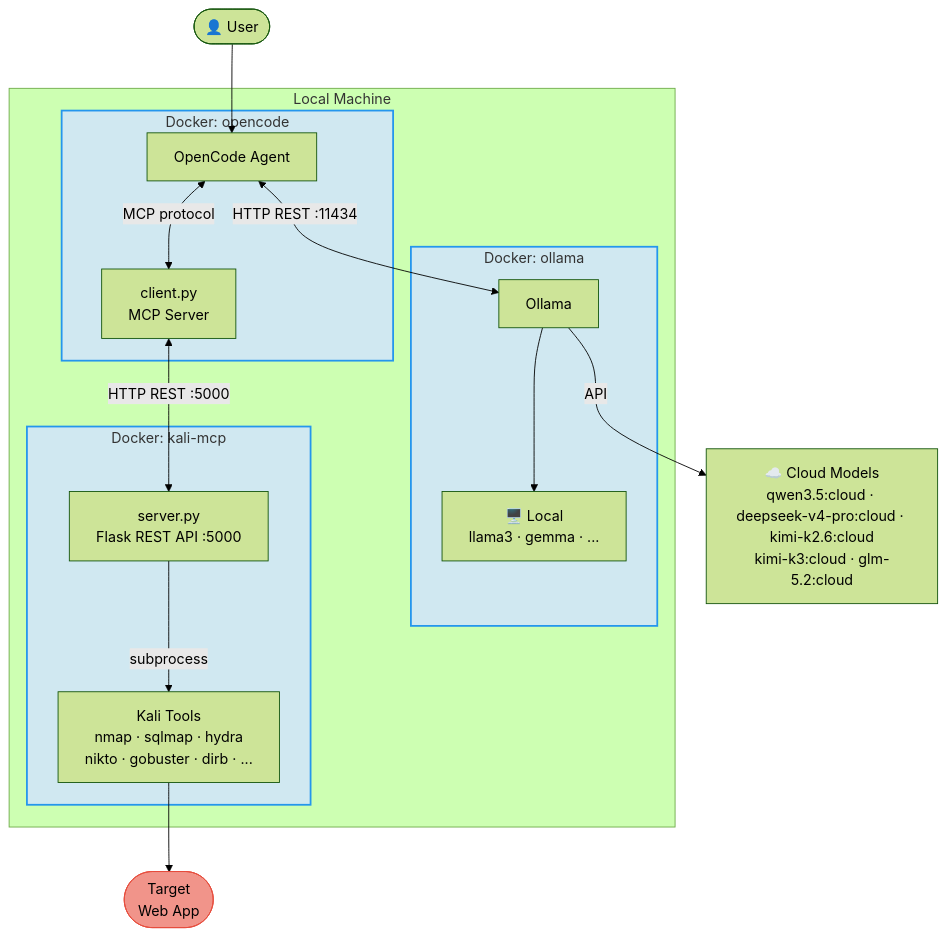
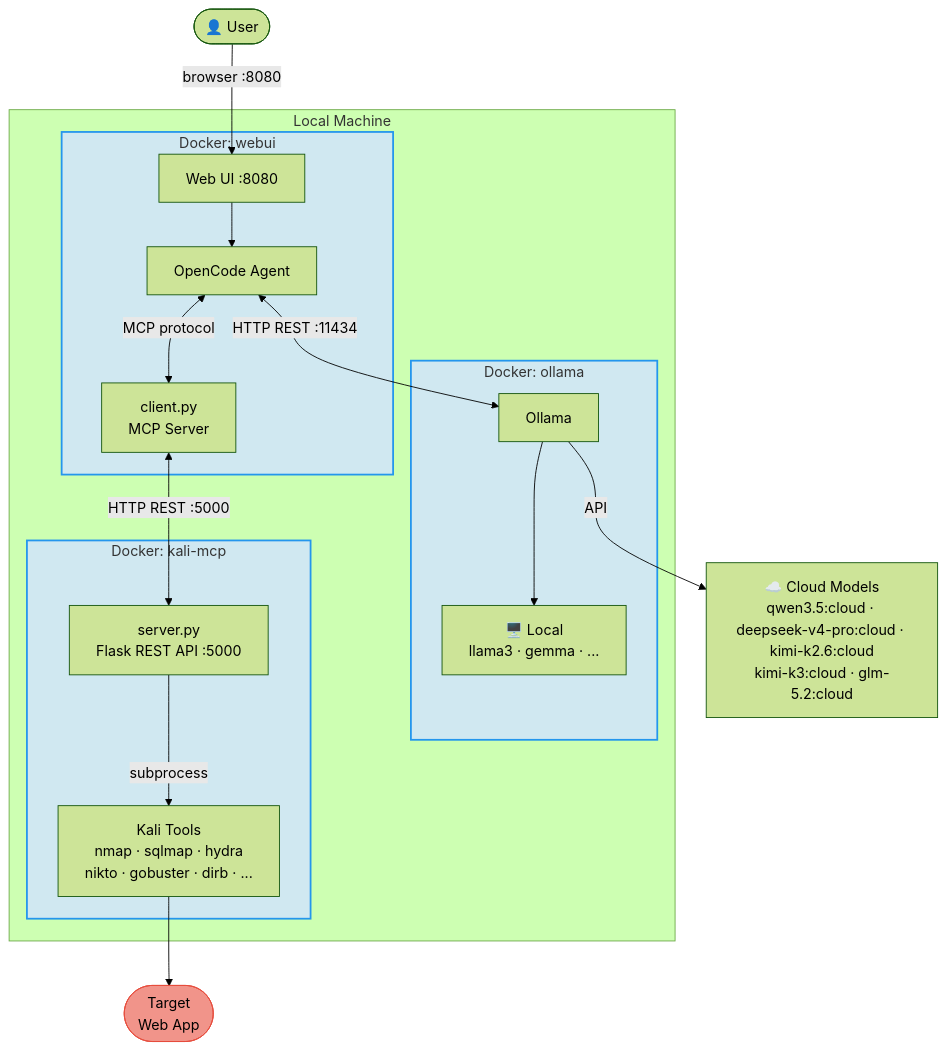
One commit to hiperesfera/Michos changed the diagram in Readme.md. Above: the diagram before and after it, drawn with Mermaid (forest theme). The commit also changed other lines of this file and 5 other files, not shown here.

````diff
--- a/Readme.md
+++ b/Readme.md
@@ -66,38 +68,40 @@
 ```mermaid
 flowchart TD
-    User(["👤 User"]) --> Agent
+    User(["👤 User"]) -->|"browser :8080"| WebUI
 
     subgraph Local["Local Machine"]
 
-        subgraph OpencodeC["Docker: opencode"]
+        subgraph OpencodeC["Docker: webui"]
+            WebUI["Web UI :8080"]
             Agent["OpenCode Agent"]
             MCP["client.py\nMCP Server"]
+            WebUI --> Agent
         end
 
         subgraph OllamaC["Docker: ollama"]
             Ollama["Ollama"]
             LocalM["🖥️ Local\nllama3 · gemma · ..."]
             Ollama --> LocalM
         end
 
         subgraph KaliC["Docker: kali-mcp"]
             API["server.py\nFlask REST API :5000"]
             Tools["Kali Tools\nnmap · sqlmap · hydra\nnikto · gobuster · dirb · ..."]
         end
 
         Agent <-->|"HTTP REST :11434"| Ollama
         Agent <-->|"MCP protocol"| MCP
         MCP <-->|"HTTP REST :5000"| API
         API -->|"subprocess"| Tools
     end
 
     CloudM["☁️ Cloud Models\nqwen3.5:cloud · deepseek-v4-pro:cloud · kimi-k2.6:cloud\nkimi-k3:cloud · glm-5.2:cloud"]
 
     Ollama -->|"API"| CloudM
     Tools --> Target(["Target\nWeb App"])
 
     style OpencodeC fill:#d0e8f1,stroke:#2496ed,stroke-width:2px
     style OllamaC fill:#d0e8f1,stroke:#2496ed,stroke-width:2px
     style KaliC fill:#d0e8f1,stroke:#2496ed,stroke-width:2px
     style Target fill:#f1948a,stroke:#e74c3c,color:#000
 ```
````
